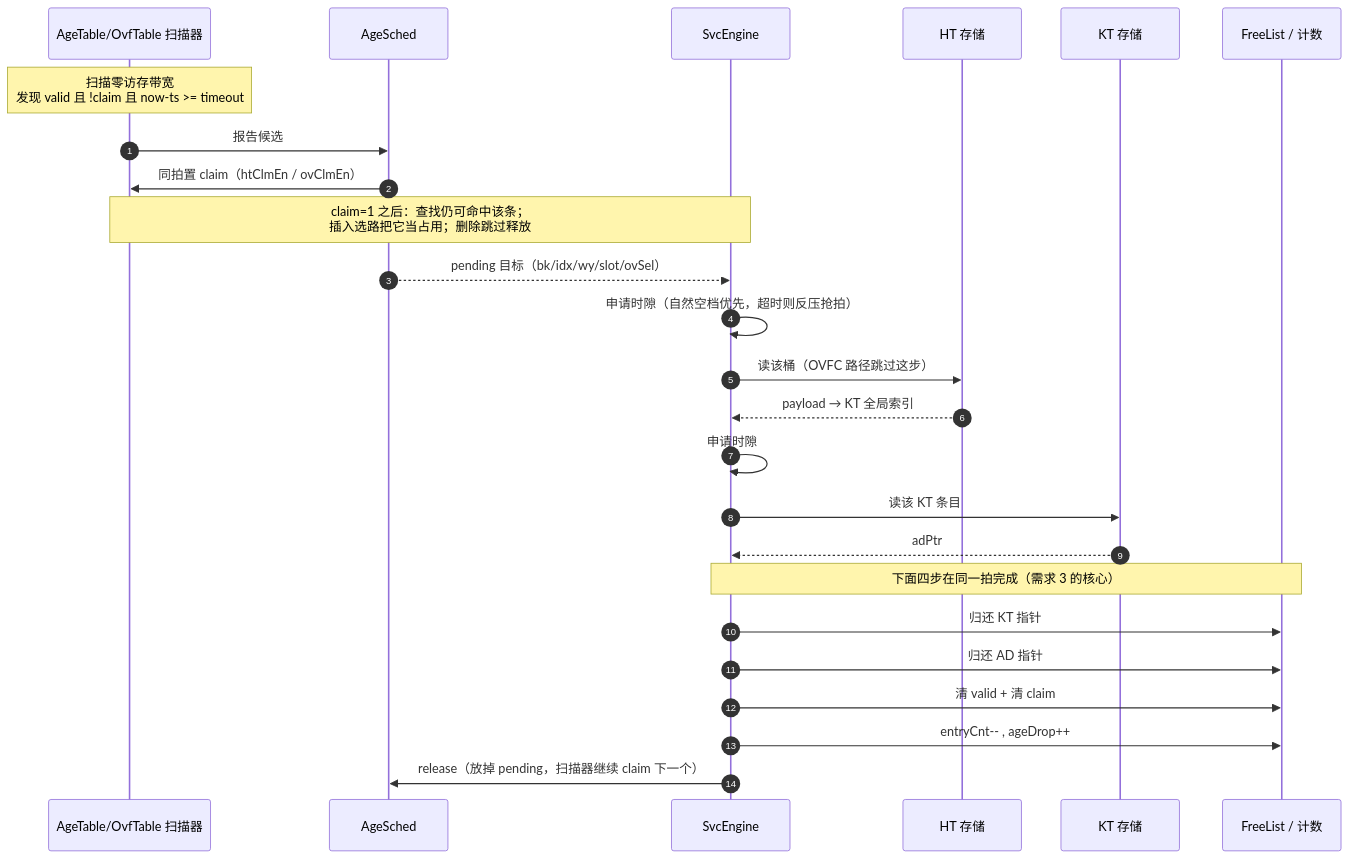
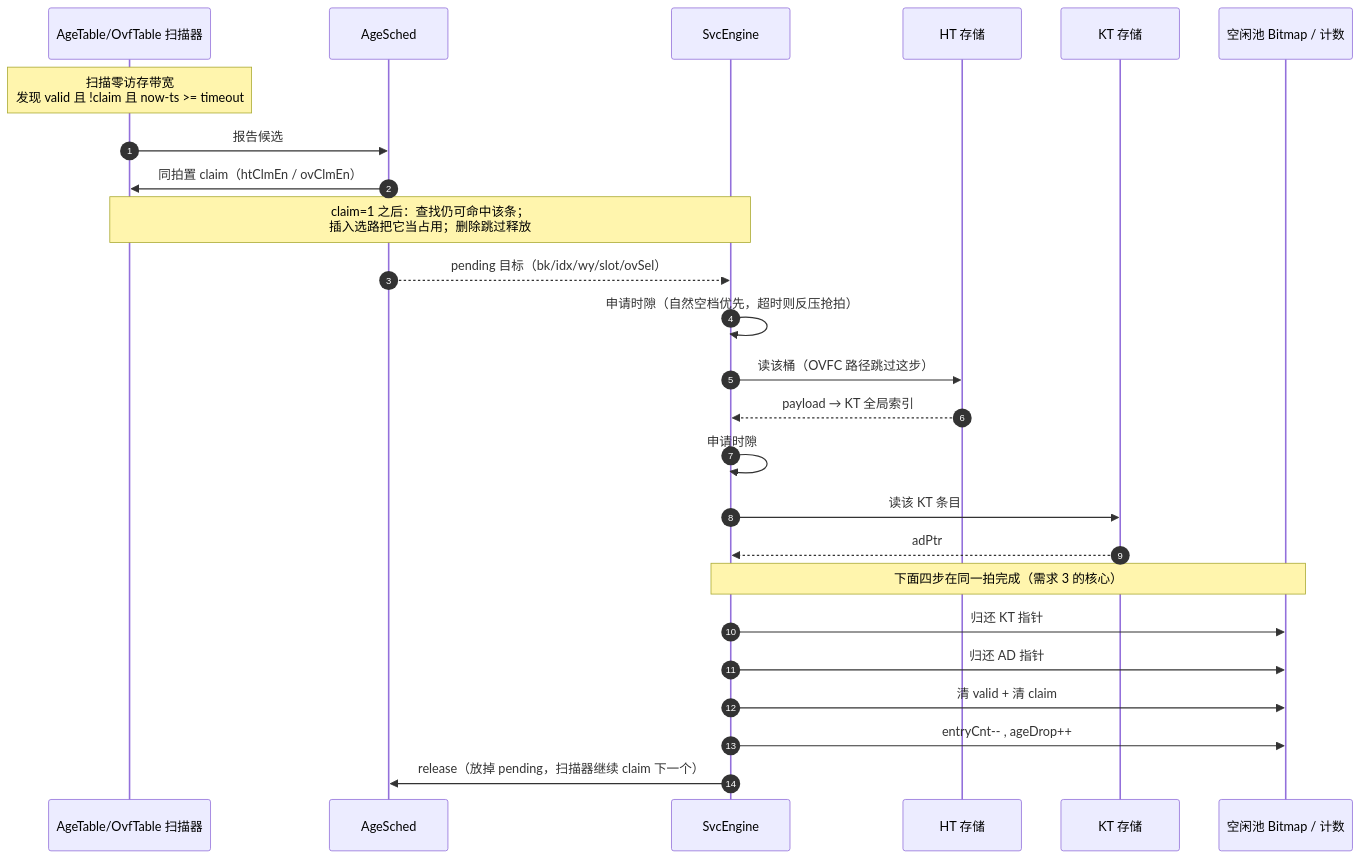
The eighth of 9 diagrams in docs/BaseCbb_设计文档/14_em.md (RuyeeAI/HardwareDesign), drawn with Mermaid before and after one commit. The commit also changed other lines of this file and 61 other files, not shown here.

````diff
--- a/docs/BaseCbb_设计文档/14_em.md
+++ b/docs/BaseCbb_设计文档/14_em.md
@@ -545,28 +561,28 @@
 ```mermaid
 sequenceDiagram
     autonumber
     participant SC as AgeTable/OvfTable 扫描器
     participant SD as AgeSched
     participant SV as SvcEngine
     participant HT as HT 存储
     participant KT as KT 存储
-    participant FL as FreeList / 计数
+    participant FL as 空闲池 Bitmap / 计数
 
     Note over SC: 扫描零访存带宽<br/>发现 valid 且 !claim 且 now-ts >= timeout
     SC->>SD: 报告候选
     SD->>SC: 同拍置 claim（htClmEn / ovClmEn）
     Note over SC,SV: claim=1 之后：查找仍可命中该条；<br/>插入选路把它当占用；删除跳过释放
     SD-->>SV: pending 目标（bk/idx/wy/slot/ovSel）
     SV->>SV: 申请时隙（自然空档优先，超时则反压抢拍）
     SV->>HT: 读该桶（OVFC 路径跳过这步）
     HT-->>SV: payload → KT 全局索引
     SV->>SV: 申请时隙
     SV->>KT: 读该 KT 条目
     KT-->>SV: adPtr
     Note over SV,FL: 下面四步在同一拍完成（需求 3 的核心）
     SV->>FL: 归还 KT 指针
     SV->>FL: 归还 AD 指针
     SV->>FL: 清 valid + 清 claim
     SV->>FL: entryCnt-- , ageDrop++
     SV->>SD: release（放掉 pending，扫描器继续 claim 下一个）
 ```
````
